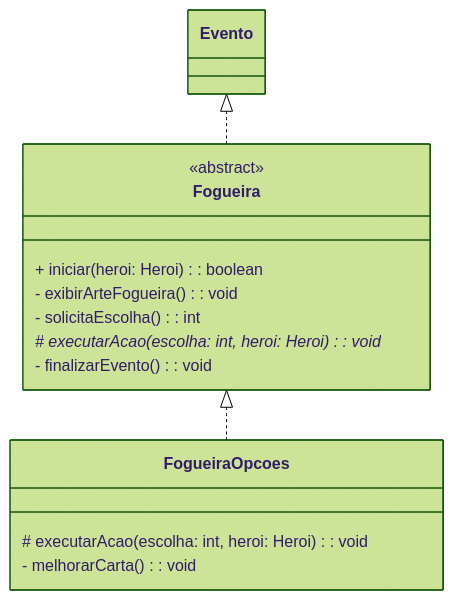
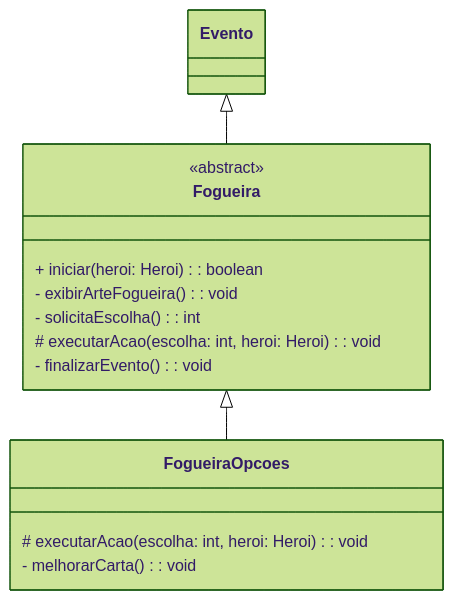
The second of 2 diagrams in README.md (Vitor198079/MC322-Tarefas), drawn with Mermaid (forest theme) before and after one commit. The commit also changed 3 other files, not shown here.

````diff
--- a/README.md
+++ b/README.md
@@ -97,17 +97,17 @@
 ```mermaid
 classDiagram
     class Fogueira {
             <<abstract>>
             + iniciar(heroi: Heroi): boolean
             - exibirArteFogueira(): void
             - solicitaEscolha(): int
-            # executarAcao(escolha: int, heroi: Heroi)*: void
+            # executarAcao(escolha: int, heroi: Heroi): void
             - finalizarEvento(): void
         }
         class FogueiraOpcoes {
             # executarAcao(escolha: int, heroi: Heroi): void
             - melhorarCarta(): void
         }
-        Evento <|.. Fogueira
-        Fogueira <|.. FogueiraOpcoes
+        Evento <|-- Fogueira
+        Fogueira <|-- FogueiraOpcoes
 ```
````
